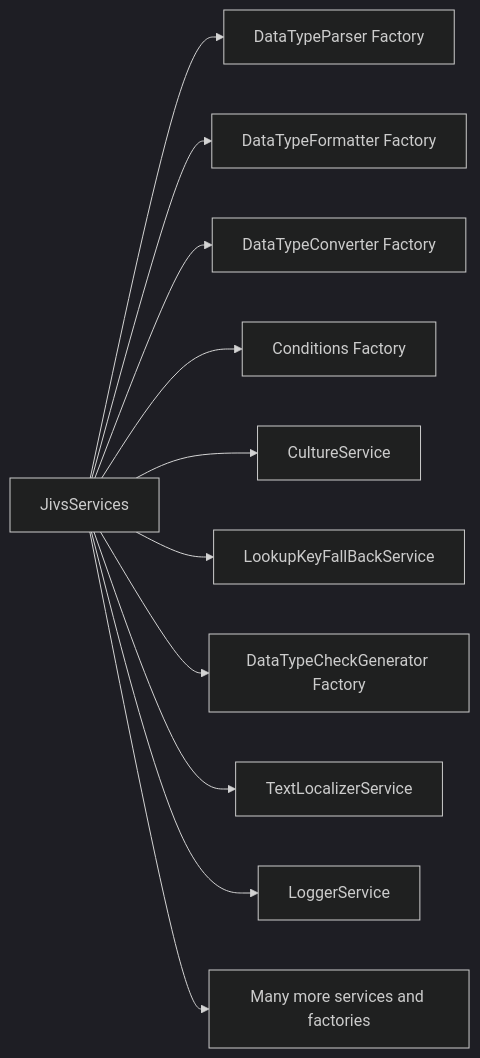
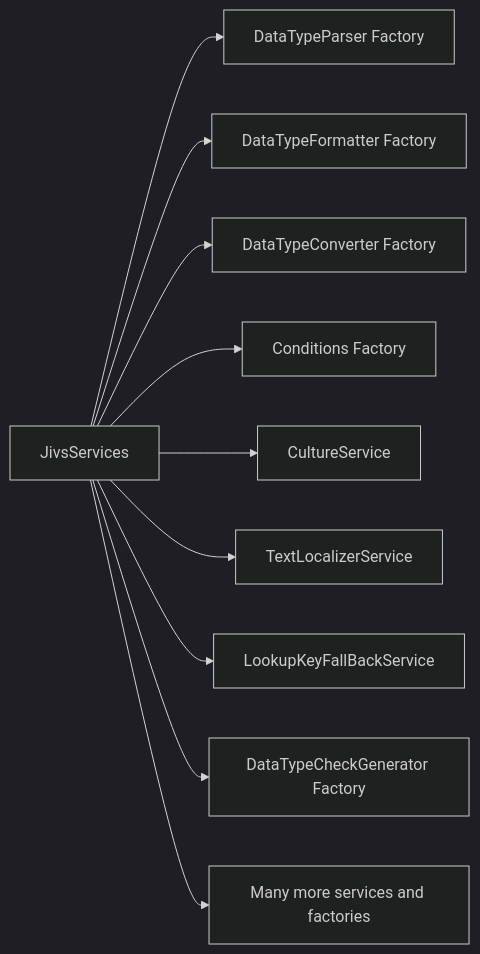
Before and after one commit to plblum/jivs: the third of 3 diagrams in docs/API/Home.md, drawn with Mermaid (dark theme). The commit also changed other lines of this file and 13 other files, not shown here.

````diff
--- a/docs/API/Home.md
+++ b/docs/API/Home.md
@@ -76,13 +76,12 @@
 ```mermaid
 flowchart LR
     SERVICES["JivsServices"] --> PARSER["DataTypeParser Factory"]
     SERVICES --> FORMATTER["DataTypeFormatter Factory"]
     SERVICES --> CONVERTER["DataTypeConverter Factory"]
     SERVICES --> CONDITIONS["Conditions Factory"]
     SERVICES --> CULTURE["CultureService"]
+    SERVICES --> ERRORMESSAGES["TextLocalizerService"]
     SERVICES --> LOOKUP["LookupKeyFallBackService"]
     SERVICES --> CHECK["DataTypeCheckGenerator Factory"]
-    SERVICES --> LOCALIZATION["TextLocalizerService"]
-    SERVICES --> LOGGING["LoggerService"]
     SERVICES --> MORE["Many more services and factories"]
 ```
````
